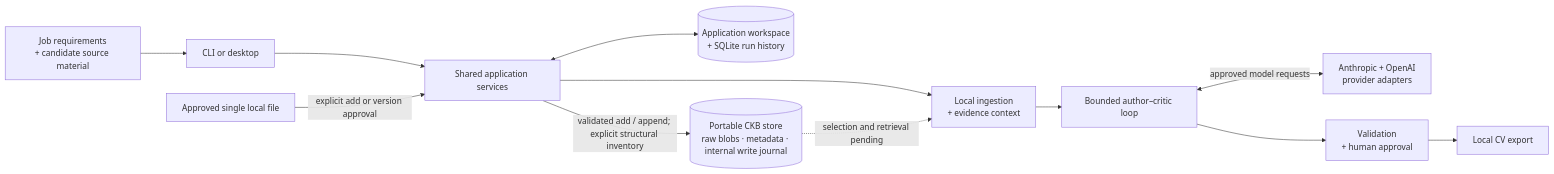
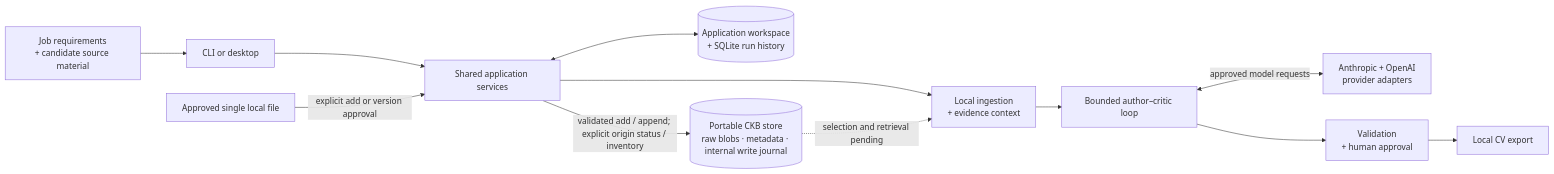
One commit to akoita/draft-loop changed the diagram in README.md. Above: the diagram before and after it, drawn with Mermaid. The commit also changed other lines of this file and 7 other files, not shown here.

````diff
--- a/README.md
+++ b/README.md
@@ -127,23 +132,23 @@
 ```mermaid
 flowchart LR
     Inputs["Job requirements<br/>+ candidate source material"]
     Adapters["CLI or desktop"]
     Application["Shared application services"]
     Context["Local ingestion<br/>+ evidence context"]
     Loop["Bounded author–critic loop"]
     Models["Anthropic + OpenAI<br/>provider adapters"]
     Review["Validation<br/>+ human approval"]
     Export["Local CV export"]
     WorkspaceStore[("Application workspace<br/>+ SQLite run history")]
     ApprovedFile["Approved single local file"]
     CKBStore[("Portable CKB store<br/>raw blobs · metadata · internal write journal")]
 
     Inputs --> Adapters --> Application
     Application --> Context --> Loop
     Loop <-->|"approved model requests"| Models
     Loop --> Review --> Export
     Application <--> WorkspaceStore
     ApprovedFile -->|"explicit add or version approval"| Application
-    Application -->|"validated add / append; explicit structural inventory"| CKBStore
+    Application -->|"validated add / append; explicit origin status / inventory"| CKBStore
     CKBStore -.->|"selection and retrieval pending"| Context
 ```
````
